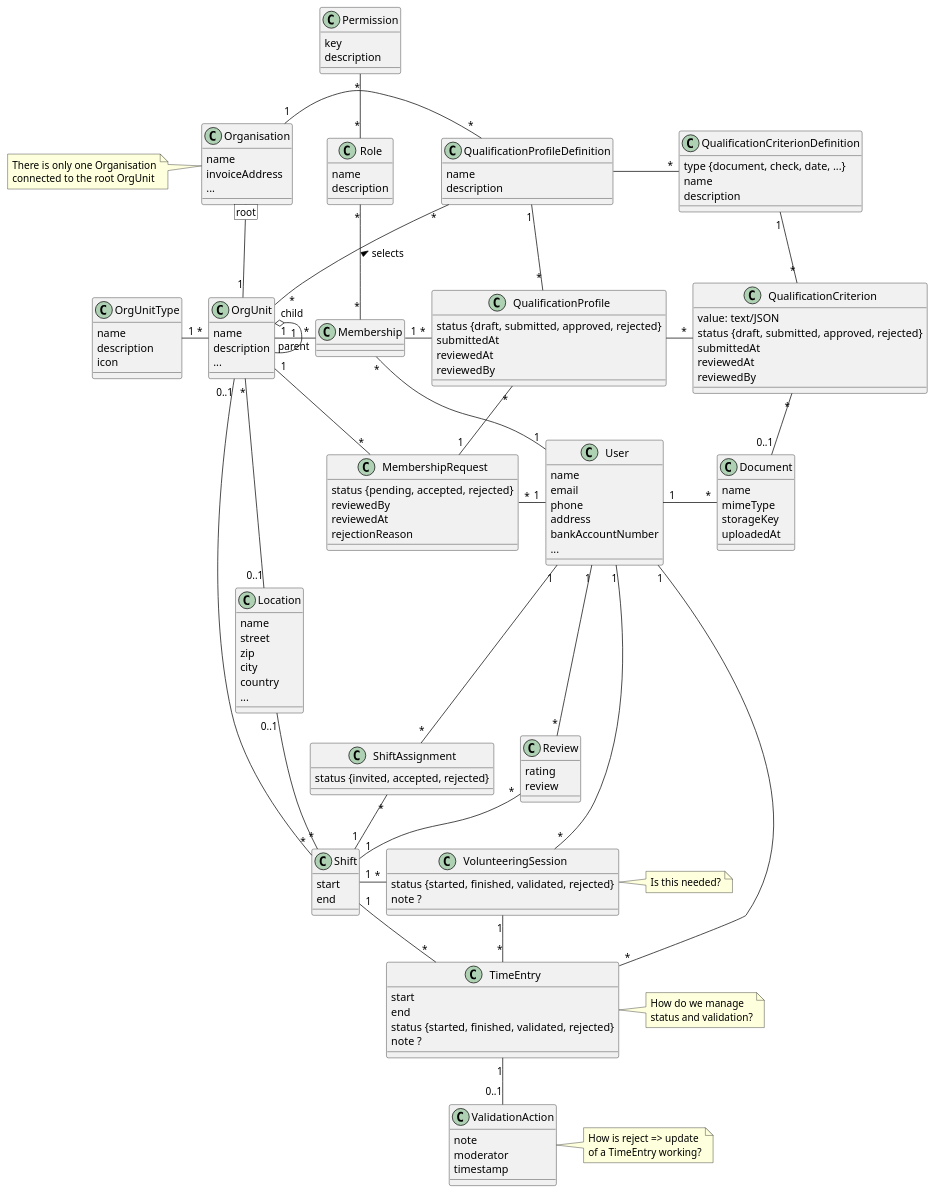
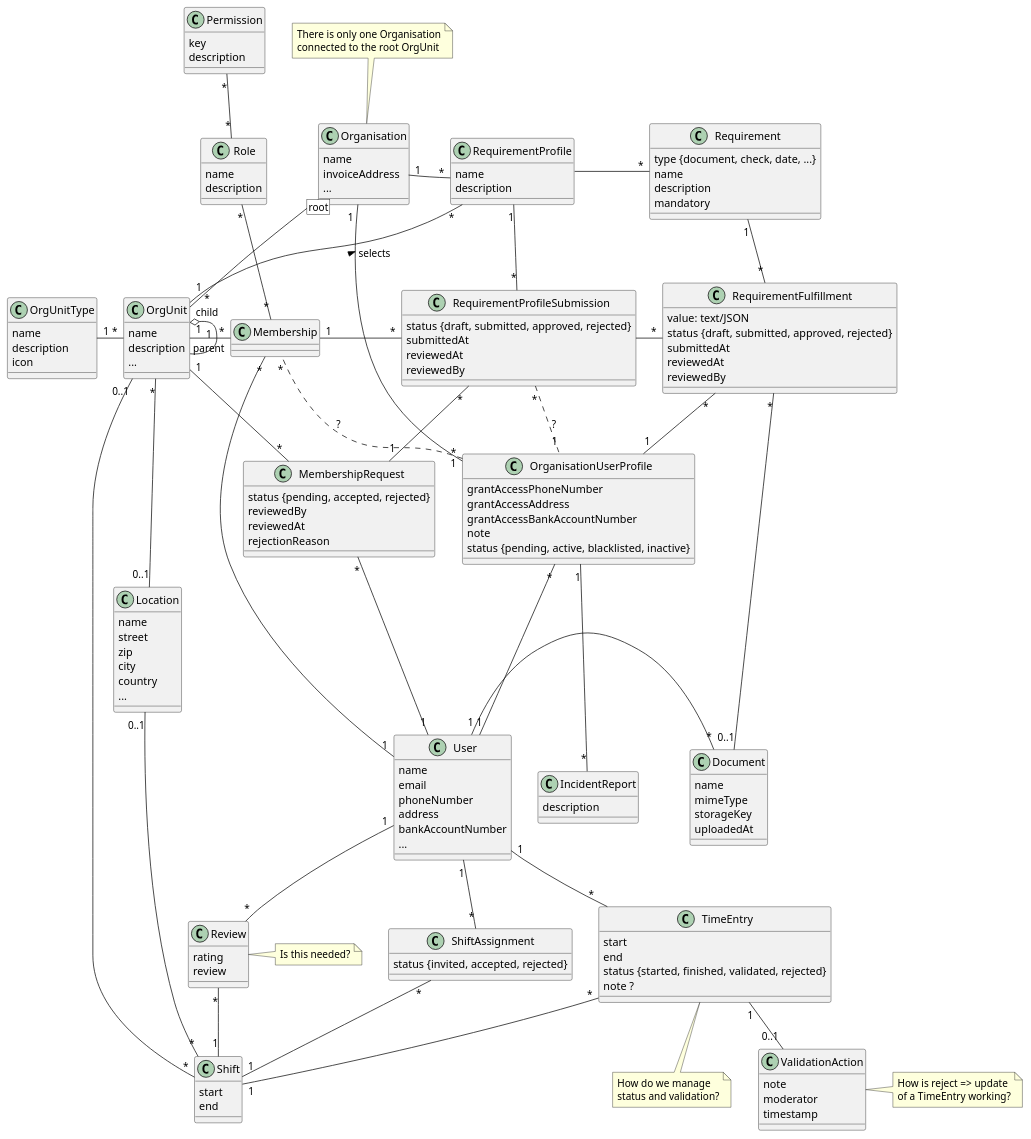
The diagram in models/model.plantuml (holi-social/caluno), drawn with PlantUML before and after one commit.

Commit message:
model: add OrganisationUserProfile and IncidentReport

```diff
--- a/models/model.plantuml
+++ b/models/model.plantuml
@@ -1,151 +1,163 @@
 @startuml clippy
 class Organisation {
     name
     invoiceAddress
     ...
 }
-note left: There is only one Organisation\nconnected to the root OrgUnit
+note top: There is only one Organisation\nconnected to the root OrgUnit
 class OrgUnit {
     name
     description
     ...
 }
 class OrgUnitType {
     name
     description
     icon
 }
 class Location {
     name
     street
     zip
     city
     country
     ...
 }
 class User {
     name
     email
-    phone
+    phoneNumber
     address
     bankAccountNumber
     ...
+}
+class OrganisationUserProfile {
+    grantAccessPhoneNumber
+    grantAccessAddress
+    grantAccessBankAccountNumber
+    note
+    status {pending, active, blacklisted, inactive}
+}
+class IncidentReport {
+    description
 }
 class Shift {
     start
     end
 }
 class TimeEntry {
     start
     end
     status {started, finished, validated, rejected}
     note ?
 }
-note right: How do we manage\nstatus and validation?
+note bottom: How do we manage\nstatus and validation?
 class Membership {
 }
 class Role {
     name
     description
 }
 class Permission {
     key
     description
 }
 class MembershipRequest {
     status {pending, accepted, rejected}
     reviewedBy
     reviewedAt
     rejectionReason
 }
 class ShiftAssignment {
     status {invited, accepted, rejected}
 }
 class Review {
     rating
     review
 }
-class VolunteeringSession {
-    status {started, finished, validated, rejected}
-    note ?
-}
 note right: Is this needed?
 class ValidationAction {
     note
     moderator
     timestamp
 }
 note right: How is reject => update\nof a TimeEntry working?
 
-class QualificationProfileDefinition {
+class RequirementProfile {
     name
     description
 }
-class QualificationCriterionDefinition {
+class Requirement {
     type {document, check, date, ...}
     name
     description
+    mandatory
 }
-class QualificationProfile {
+class RequirementProfileSubmission {
     status {draft, submitted, approved, rejected}
     submittedAt
     reviewedAt
     reviewedBy
 }
-class QualificationCriterion {
+class RequirementFulfillment {
     value: text/JSON
     status {draft, submitted, approved, rejected}
     submittedAt
     reviewedAt
     reviewedBy
 }
 
 class Document {
     name
     mimeType
     storageKey
     uploadedAt
 }
 
+
+
 Organisation [root] -down- "1" OrgUnit
 OrgUnit "*" -left- "1" OrgUnitType
 OrgUnit "*\nchild" o-- "1\nparent" OrgUnit
 OrgUnit "0..1" -- "*" Shift
+
 OrgUnit "1" -right- "*" Membership
 Membership "*" -down- "1" User
+OrganisationUserProfile "1" .. "*" Membership : "?"
+
+Organisation "1" -- "*"OrganisationUserProfile
+OrganisationUserProfile "*" -- "1" User
 
 OrgUnit "1" -down- "*" MembershipRequest
 MembershipRequest "*" -right- "1" User
 
-Location "0..1" -up- "*" OrgUnit
-Location "0..1" -right- "*" Shift
+OrgUnit "*" -- "0..1" Location
+Location "0..1" -- "*" Shift
 
 Role "*" -up- "*" Permission
-
 Role "*" -- "*" Membership
 
-OrgUnit -up- "*" QualificationProfileDefinition : selects >
-Organisation "1" -right- "*" QualificationProfileDefinition
-QualificationProfileDefinition -right- "*" QualificationCriterionDefinition
+OrgUnit -up- "*" RequirementProfile : selects >
+Organisation "1" -right- "*" RequirementProfile
+RequirementProfile -right- "*" Requirement
+User "1" -right- "*" Document
+RequirementFulfillment "*" -down- "0..1" Document
+Membership "1" -right- "*" RequirementProfileSubmission
+RequirementProfileSubmission -right- "*" RequirementFulfillment
+MembershipRequest "1" -left- "*" RequirementProfileSubmission
+RequirementProfileSubmission "*" -up- "1" RequirementProfile
+RequirementFulfillment "*" -up- "1" Requirement
+RequirementFulfillment "*" -- "1" OrganisationUserProfile
+RequirementProfileSubmission "*" .. "1" OrganisationUserProfile : "?"
 
-User "1" -right- "*" Document
-QualificationCriterion "*" -down- "0..1" Document
-Membership "1" -right- "*" QualificationProfile
-QualificationProfile -right- "*" QualificationCriterion
-MembershipRequest "1" -left- "*" QualificationProfile
-
-QualificationProfile "*" -up- "1" QualificationProfileDefinition
-QualificationCriterion "*" -up- "1" QualificationCriterionDefinition
+OrganisationUserProfile "1" -- "*" IncidentReport
 
 ShiftAssignment "*" -up- "1" User
 Shift "1" -up- "*" ShiftAssignment
 Review "*" -up- "1" User
 Shift "1" -up- "*" Review
 TimeEntry "*" -up- "1" User
 TimeEntry "*" -- "1" Shift
-VolunteeringSession "*" -up- "1" User
-VolunteeringSession "*" -left- "1" Shift
-VolunteeringSession "1" -- "*" TimeEntry
 TimeEntry "1" -- "0..1" ValidationAction
 
 @enduml
```
